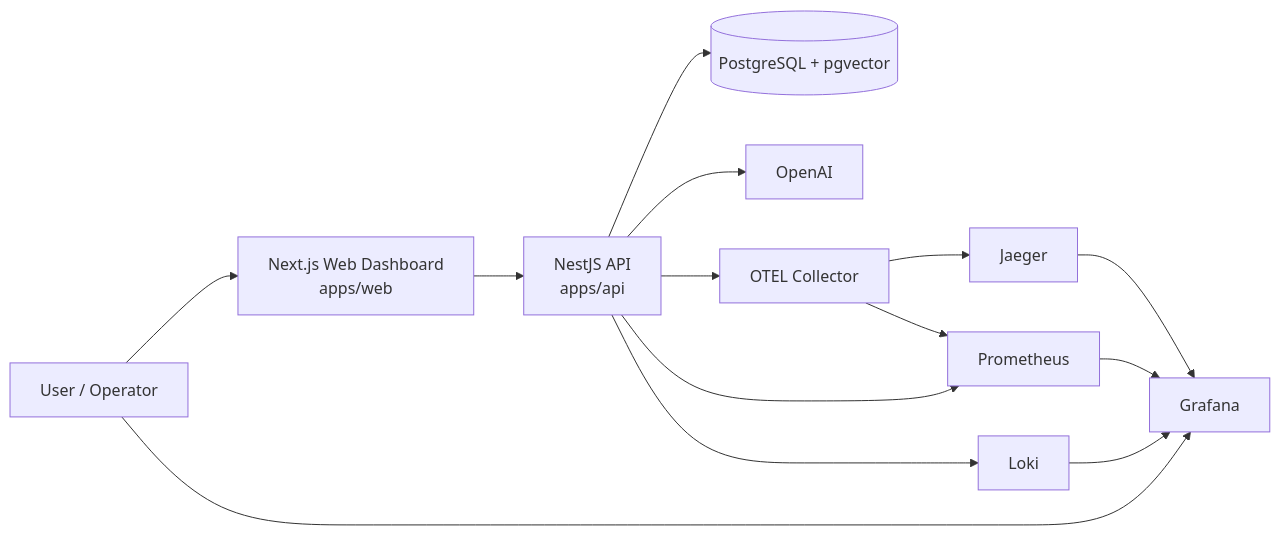
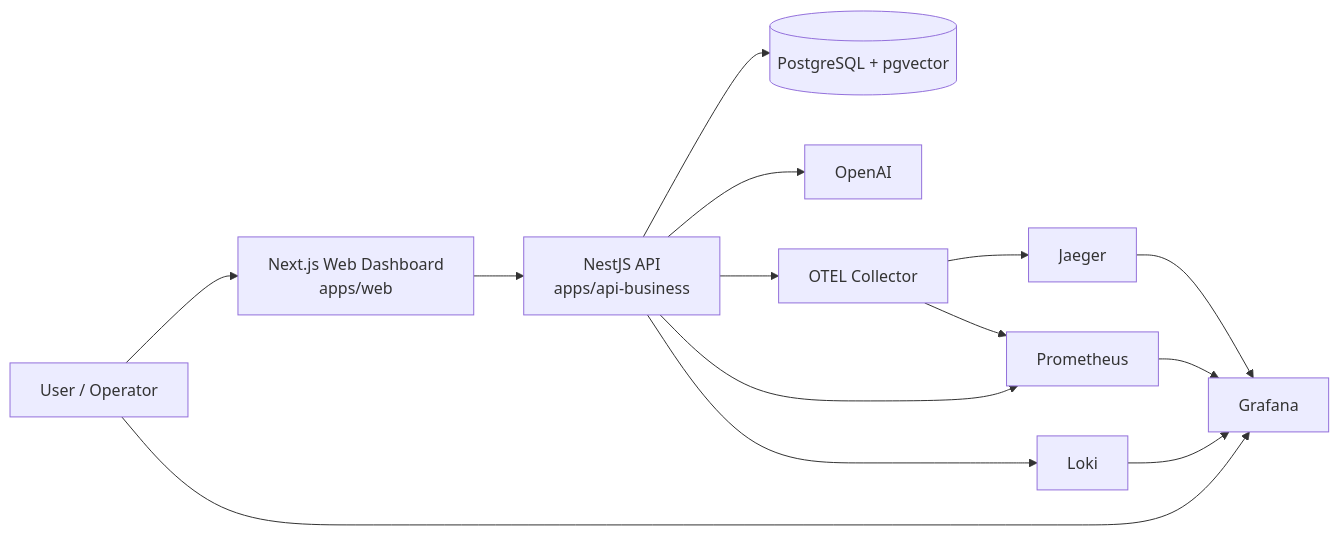
Before and after one commit to CiceroDeveloper01/rag-platform: the diagram in docs/c4/container-diagram.md, drawn with Mermaid. The commit also changed other lines of this file and 527 other files, not shown here.

Commit message:
refactor: align monorepo with web, api-web, api-business and orchestrator boundaries

````diff
--- a/docs/c4/container-diagram.md
+++ b/docs/c4/container-diagram.md
@@ -9,32 +9,32 @@
 ```mermaid
 flowchart LR
     User[User / Operator]
 
     Web[Next.js Web Dashboard\napps/web]
-    Api[NestJS API\napps/api]
+    Api[NestJS API\napps/api-business]
     Db[(PostgreSQL + pgvector)]
     OpenAI[OpenAI]
 
     Prom[Prometheus]
     Graf[Grafana]
     Loki[Loki]
     Jaeger[Jaeger]
     OTel[OTEL Collector]
 
     User --> Web
     Web --> Api
     Api --> Db
     Api --> OpenAI
 
     Api --> OTel
     Api --> Prom
     Api --> Loki
 
     OTel --> Jaeger
     OTel --> Prom
     Prom --> Graf
     Loki --> Graf
     Jaeger --> Graf
 
     User --> Graf
 ```
````
